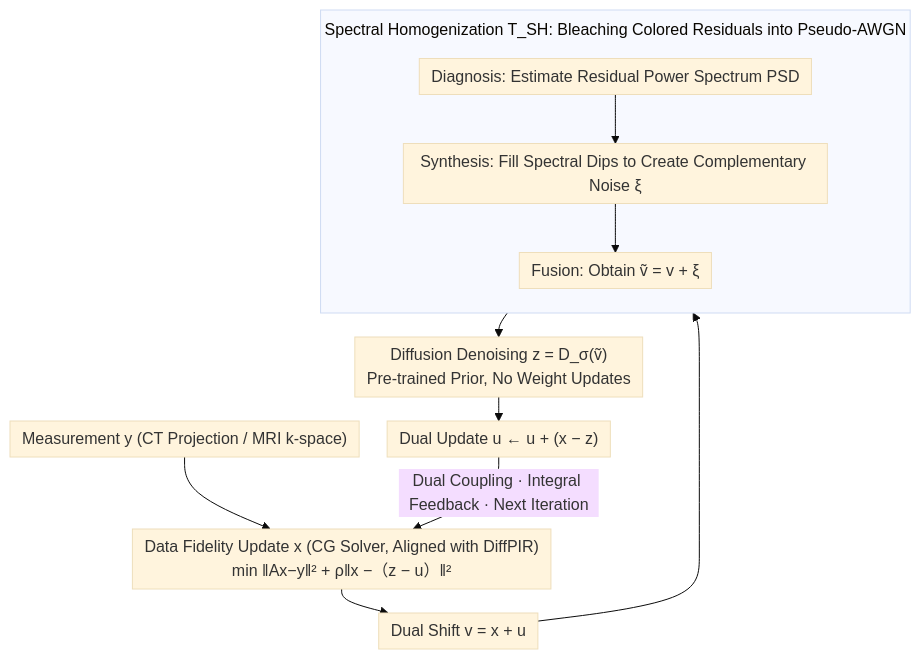
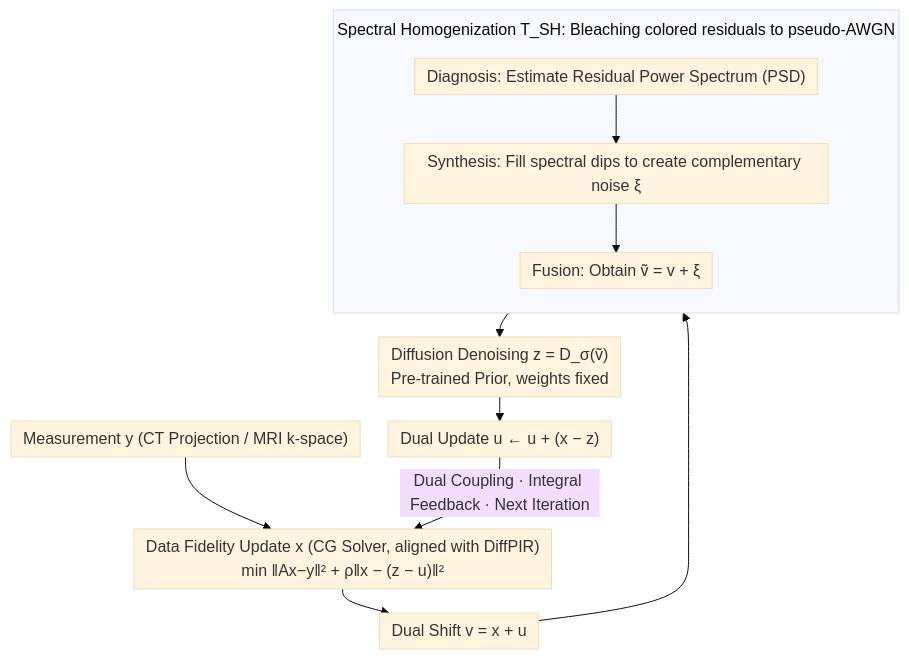
Before and after one commit to zhaoyang97/Paper-Notes-en: the diagram in docs/ICML2026/medical_imaging/plug-and-play_diffusion_meets_admm_dual-variable_coupling_for_robust_medical_ima.md, drawn with Mermaid (base theme). The commit also changed other lines of this file and 5084 other files, not shown here.

````diff
--- a/docs/ICML2026/medical_imaging/plug-and-play_diffusion_meets_admm_dual-variable_coupling_for_robust_medical_ima.md
+++ b/docs/ICML2026/medical_imaging/plug-and-play_diffusion_meets_admm_dual-variable_coupling_for_robust_medical_ima.md
@@ -50,15 +50,15 @@
 ```mermaid
 %%{init: {'flowchart': {'rankSpacing': 24, 'nodeSpacing': 28, 'padding': 6, 'wrappingWidth': 400, 'subGraphTitleMargin': {'top': 8, 'bottom': 16}}}}%%
 flowchart TD
-    Y["Measurement y (CT Projection / MRI k-space)"] --> X["Data Fidelity Update x (CG Solver, Aligned with DiffPIR)<br/>min ‖Ax−y‖² + ρ‖x −（z − u）‖²"]
+    Y["Measurement y (CT Projection / MRI k-space)"] --> X["Data Fidelity Update x (CG Solver, aligned with DiffPIR)<br/>min ‖Ax−y‖² + ρ‖x − (z − u)‖²"]
     X --> V["Dual Shift v = x + u"]
     V --> SH
-    subgraph SH["Spectral Homogenization T_SH: Bleaching Colored Residuals into Pseudo-AWGN"]
+    subgraph SH["Spectral Homogenization T_SH: Bleaching colored residuals to pseudo-AWGN"]
         direction TB
-        D1["Diagnosis: Estimate Residual Power Spectrum PSD"] --> D2["Synthesis: Fill Spectral Dips to Create Complementary Noise ξ"]
+        D1["Diagnosis: Estimate Residual Power Spectrum (PSD)"] --> D2["Synthesis: Fill spectral dips to create complementary noise ξ"]
         D2 --> D3["Fusion: Obtain ṽ = v + ξ"]
     end
-    SH --> Z["Diffusion Denoising z = D_σ(ṽ)<br/>Pre-trained Prior, No Weight Updates"]
+    SH --> Z["Diffusion Denoising z = D_σ(ṽ)<br/>Pre-trained Prior, weights fixed"]
     Z --> U["Dual Update u ← u + (x − z)"]
     U -->|Dual Coupling · Integral Feedback · Next Iteration| X
 ```
````
